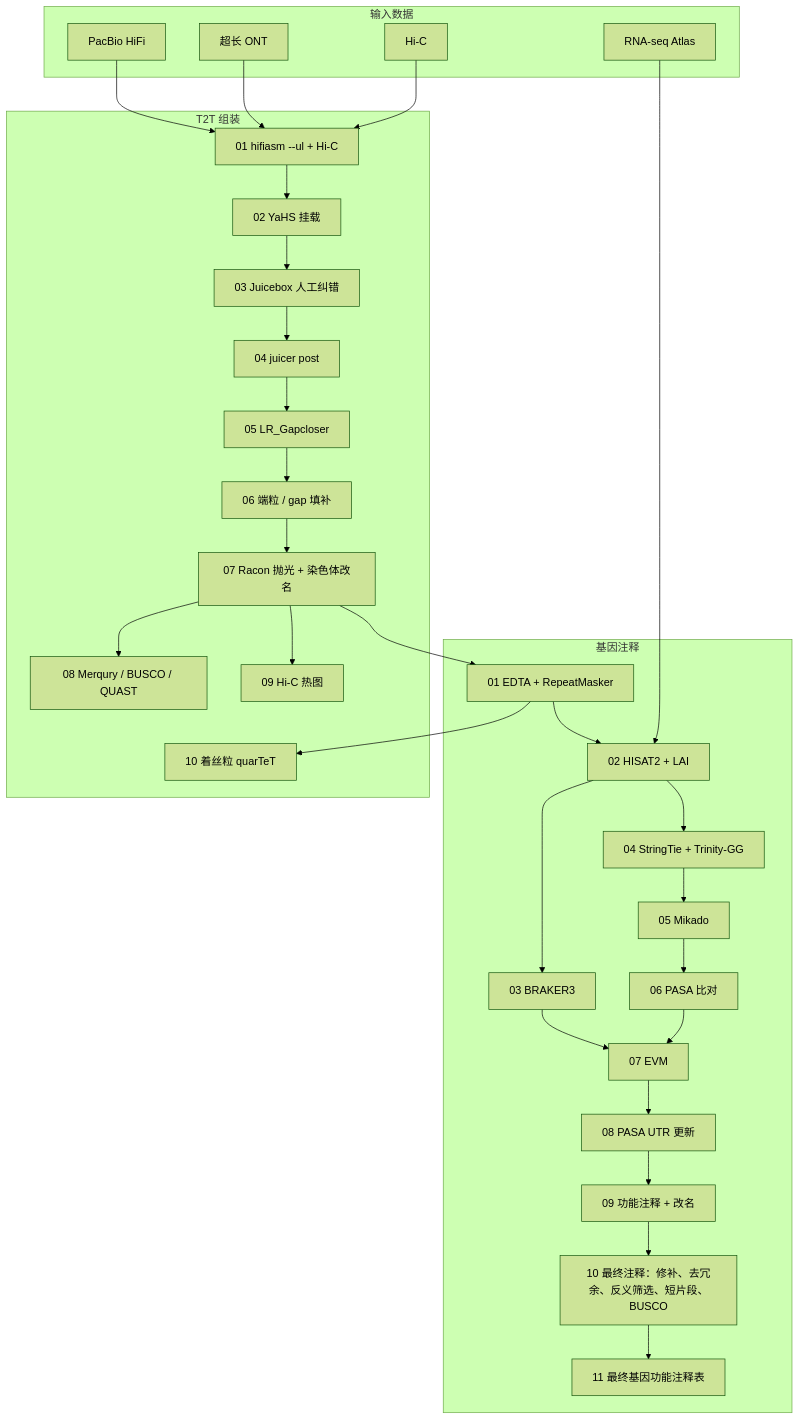
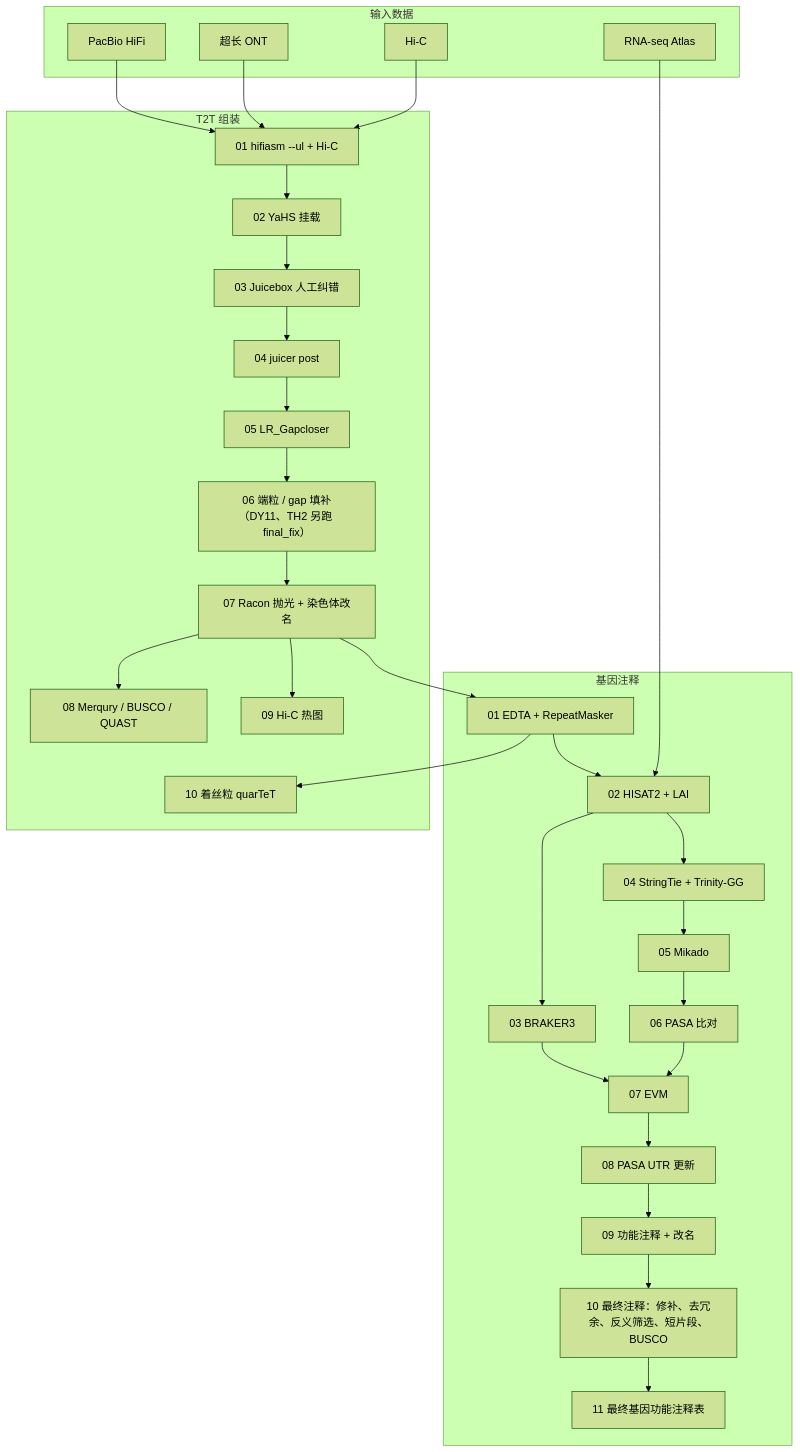
Before and after one commit to sibs-zz/soybean_assembly_annotation: the diagram in README.zh-CN.md, drawn with Mermaid (forest theme). The commit also changed other lines of this file and 19 other files, not shown here.

````diff
--- a/README.zh-CN.md
+++ b/README.zh-CN.md
@@ -13,48 +13,48 @@
 ```mermaid
 flowchart TD
   subgraph reads["输入数据"]
     HiFi["PacBio HiFi"]
     ONT["超长 ONT"]
     HiC["Hi-C"]
     RNA["RNA-seq Atlas"]
   end
 
   subgraph asm["T2T 组装"]
     A01["01 hifiasm --ul + Hi-C"]
     A02["02 YaHS 挂载"]
     A03["03 Juicebox 人工纠错"]
     A04["04 juicer post"]
     A05["05 LR_Gapcloser"]
-    A06["06 端粒 / gap 填补"]
+    A06["06 端粒 / gap 填补（DY11、TH2 另跑 final_fix）"]
     A07["07 Racon 抛光 + 染色体改名"]
     A08["08 Merqury / BUSCO / QUAST"]
     A09["09 Hi-C 热图"]
     A10["10 着丝粒 quarTeT"]
   end
 
   subgraph ann["基因注释"]
     N01["01 EDTA + RepeatMasker"]
     N02["02 HISAT2 + LAI"]
     N03["03 BRAKER3"]
     N04["04 StringTie + Trinity-GG"]
     N05["05 Mikado"]
     N06["06 PASA 比对"]
     N07["07 EVM"]
     N08["08 PASA UTR 更新"]
     N09["09 功能注释 + 改名"]
     N10["10 最终注释：修补、去冗余、反义筛选、短片段、BUSCO"]
     N11["11 最终基因功能注释表"]
   end
 
   HiFi --> A01
   ONT --> A01
   HiC --> A01
   A01 --> A02 --> A03 --> A04 --> A05 --> A06 --> A07
   A07 --> A08
   A07 --> A09
   N01 --> A10
   A07 --> N01 --> N02 --> N03
   RNA --> N02
   N02 --> N04 --> N05 --> N06 --> N07 --> N08 --> N09 --> N10 --> N11
   N03 --> N07
 ```
````
